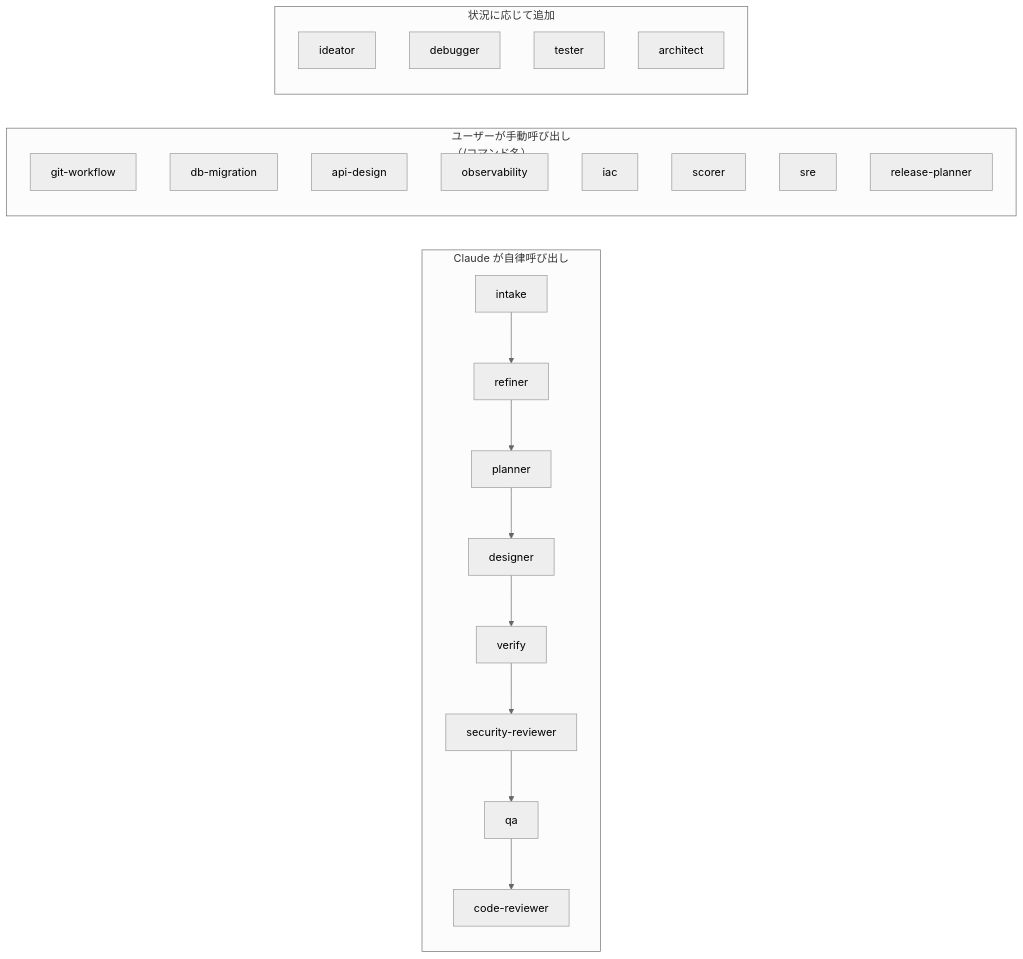
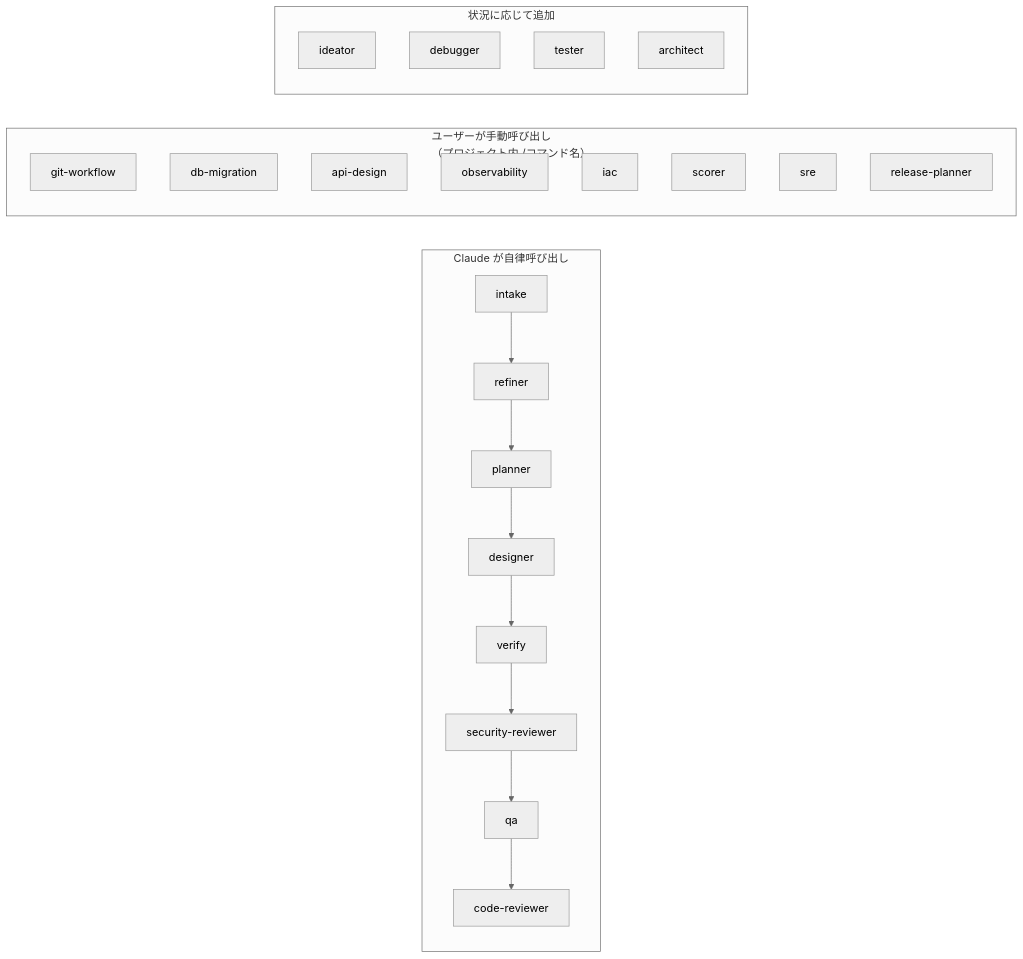
One commit to agaemo/dotfiles changed the third of 3 diagrams in claude/skills/new-project/README.md. Above: the diagram before and after it, drawn with Mermaid (neutral theme). The commit also changed other lines of this file, not shown here.

First line of the commit message:
修正: README の flows/ セクションを flows/ 名称に統一

````diff
--- a/claude/skills/new-project/README.md
+++ b/claude/skills/new-project/README.md
@@ -106,29 +106,29 @@
 ```mermaid
 flowchart LR
     subgraph AUTO["Claude が自律呼び出し"]
         intake --> refiner --> planner
         planner --> designer
         designer --> verify
         verify --> security-reviewer
         security-reviewer --> qa
         qa --> code-reviewer
     end
 
-    subgraph MANUAL["ユーザーが手動呼び出し\n（/コマンド名）"]
+    subgraph MANUAL["ユーザーが手動呼び出し\n（プロジェクト内 /コマンド名）"]
         git-workflow
         db-migration
         api-design
         observability
         iac
         scorer
         sre
         release-planner
     end
 
     subgraph OPT["状況に応じて追加"]
         ideator
         debugger
         tester
         architect
     end
 ```
````
